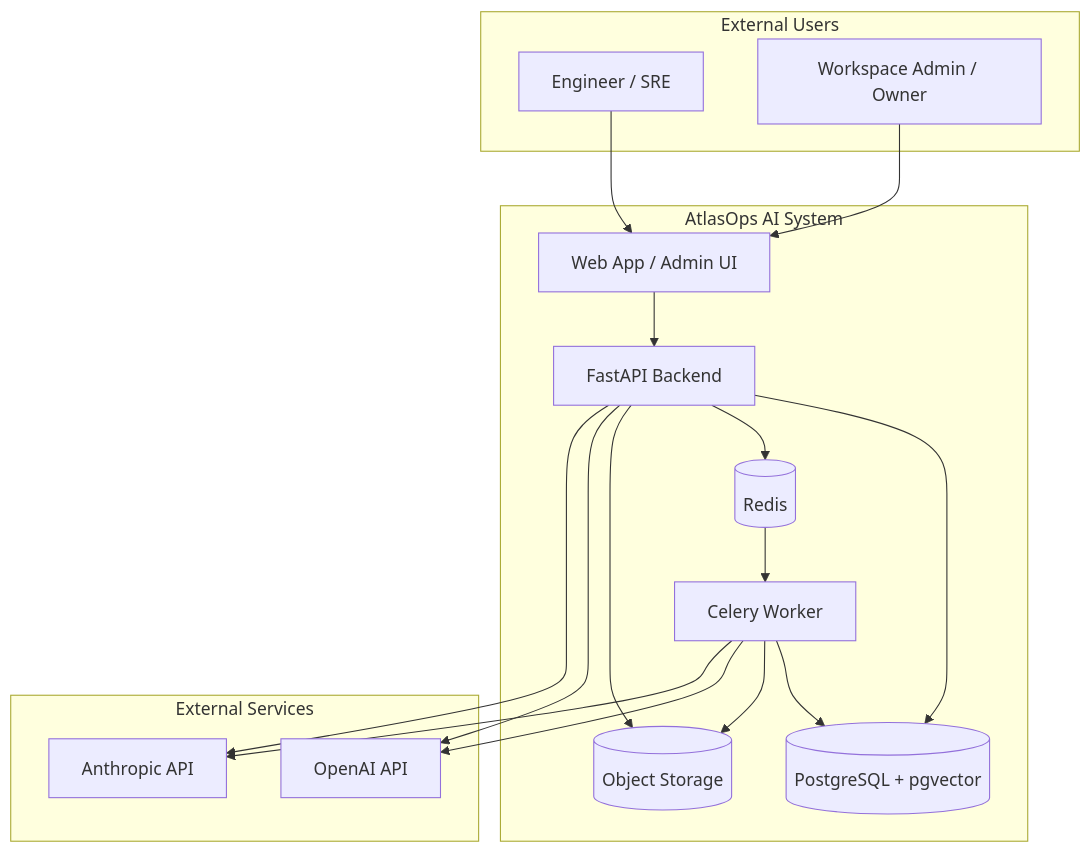
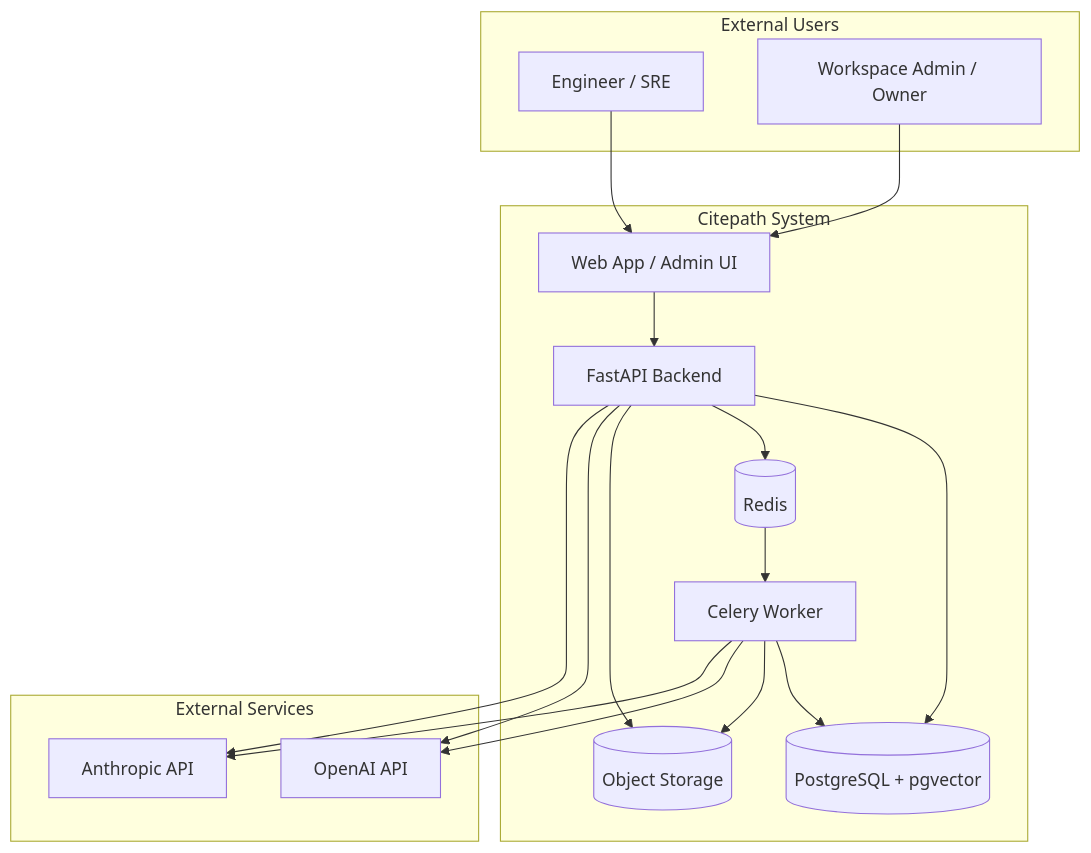
Before and after one commit to Andyphied/Citepath: the diagram in docs/02-architecture-diagram.md, drawn with Mermaid. The commit also changed other lines of this file and 56 other files, not shown here.

First line of the commit message:
refactor: rename AtlasOps AI to Citepath across the codebase

````diff
--- a/docs/02-architecture-diagram.md
+++ b/docs/02-architecture-diagram.md
@@ -15,35 +15,35 @@
 ```mermaid
 flowchart TB
   subgraph actors [External Users]
     Engineer[Engineer / SRE]
     Admin[Workspace Admin / Owner]
   end
 
-  subgraph atlasops [AtlasOps AI System]
+  subgraph citepath [Citepath System]
     WebApp[Web App / Admin UI]
     API[FastAPI Backend]
     Worker[Celery Worker]
     DB[(PostgreSQL + pgvector)]
     Redis[(Redis)]
     Storage[(Object Storage)]
   end
 
   subgraph external [External Services]
     OpenAI[OpenAI API]
     Anthropic[Anthropic API]
   end
 
   Engineer --> WebApp
   Admin --> WebApp
   WebApp --> API
   API --> DB
   API --> Redis
   API --> Storage
   API --> OpenAI
   API --> Anthropic
   Redis --> Worker
   Worker --> DB
   Worker --> Storage
   Worker --> OpenAI
   Worker --> Anthropic
 ```
````
